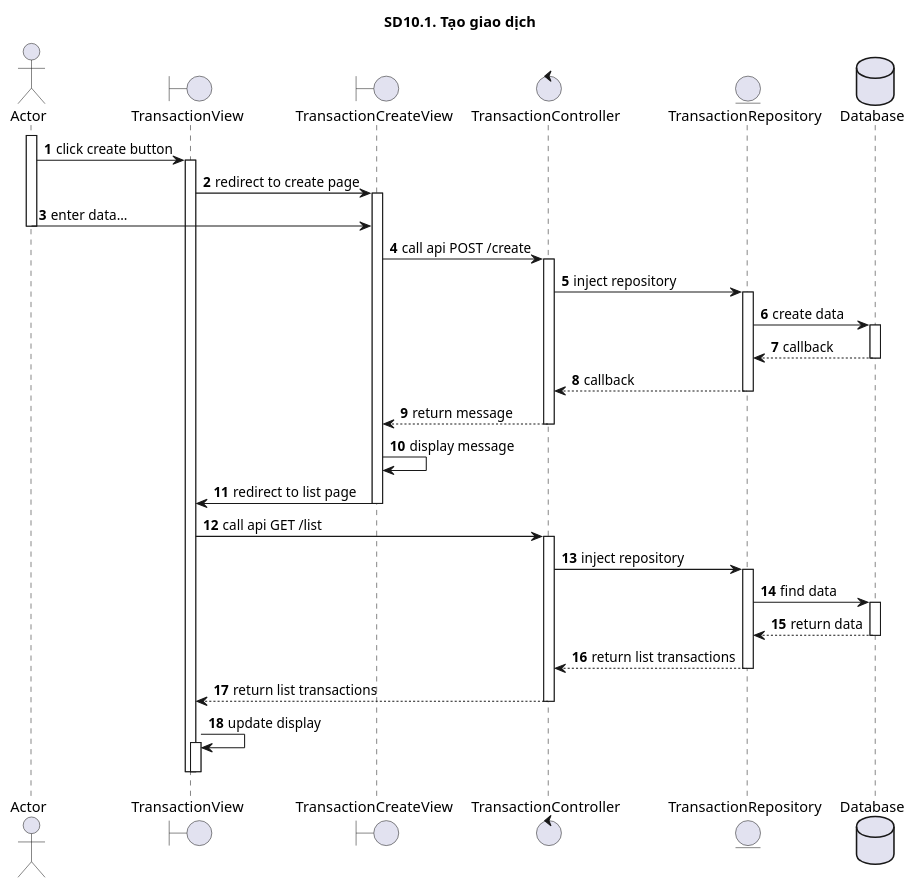
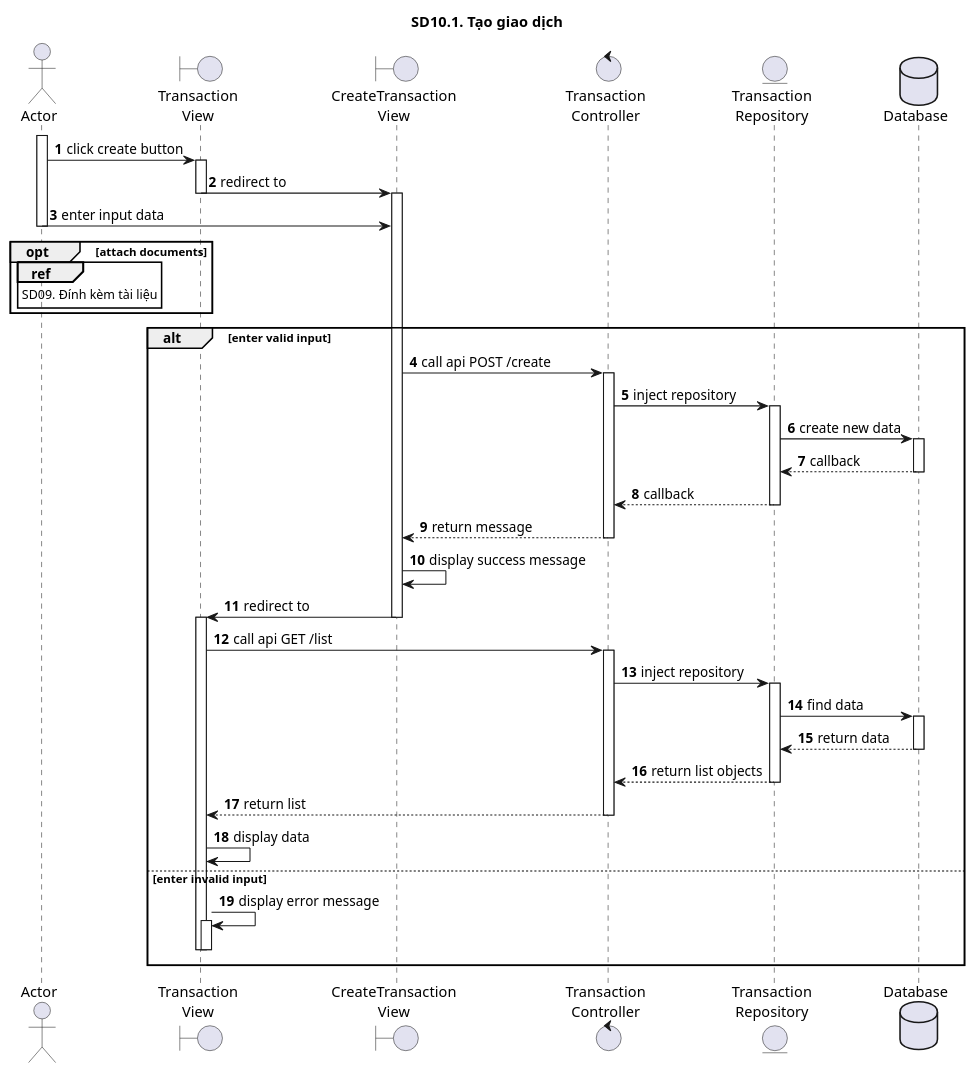
Before and after one commit to ITZ-Developers/Finance-UML: the diagram in 10_QuanLyGiaoDich/sd10.1.puml, drawn with PlantUML. The commit also changed 7 other files, not shown here.

```diff
--- a/10_QuanLyGiaoDich/sd10.1.puml
+++ b/10_QuanLyGiaoDich/sd10.1.puml
@@ -1,48 +1,59 @@
 @startuml SQ
 autonumber
 title SD10.1. Tạo giao dịch
 actor "Actor" as actor
-boundary "TransactionView" as view
-boundary "TransactionCreateView" as createView
-control "TransactionController" as controller
-entity "TransactionRepository" as model
+boundary "Transaction\nView" as view
+boundary "CreateTransaction\nView" as create
+control "Transaction\nController" as controller
+entity "Transaction\nRepository" as model
 database "Database" as database
 activate actor
-actor -> view : click create button
+actor -> view: click create button
 activate view
-view -> createView: redirect to create page
-activate createView
-actor -> createView: enter data...
+view -> create: redirect to
+deactivate view
+activate create
+actor -> create: enter input data
 deactivate actor
-createView -> controller : call api POST /create
+opt attach documents
+ref over actor
+SD09. Đính kèm tài liệu
+end ref
+end
+alt enter valid input
+create -> controller: call api POST /create
 activate controller
-controller -> model : inject repository
+controller -> model: inject repository
 activate model
-model -> database : create data
+model -> database: create new data
 activate database
-database --> model : callback
+database --> model: callback
 deactivate database
-model --> controller : callback
+model --> controller: callback
 deactivate model
-controller --> createView : return message
+controller --> create: return message
 deactivate controller
-createView -> createView : display message
-createView -> view : redirect to list page
-deactivate createView
-view -> controller : call api GET /list
+create -> create: display success message
+create -> view: redirect to
+deactivate create
+activate view
+view -> controller: call api GET /list
 activate controller
-controller -> model : inject repository
+controller -> model: inject repository
 activate model
-model -> database : find data
+model -> database: find data
 activate database
-database --> model : return data
+database --> model: return data
 deactivate database
-model --> controller : return list transactions
+model --> controller: return list objects
 deactivate model
-controller --> view : return list transactions
+controller --> view: return list
 deactivate controller
-view -> view: update display
+view -> view: display data
+else enter invalid input
+view -> view: display error message
 activate view
 deactivate view
 deactivate view
+end
 @enduml
```
